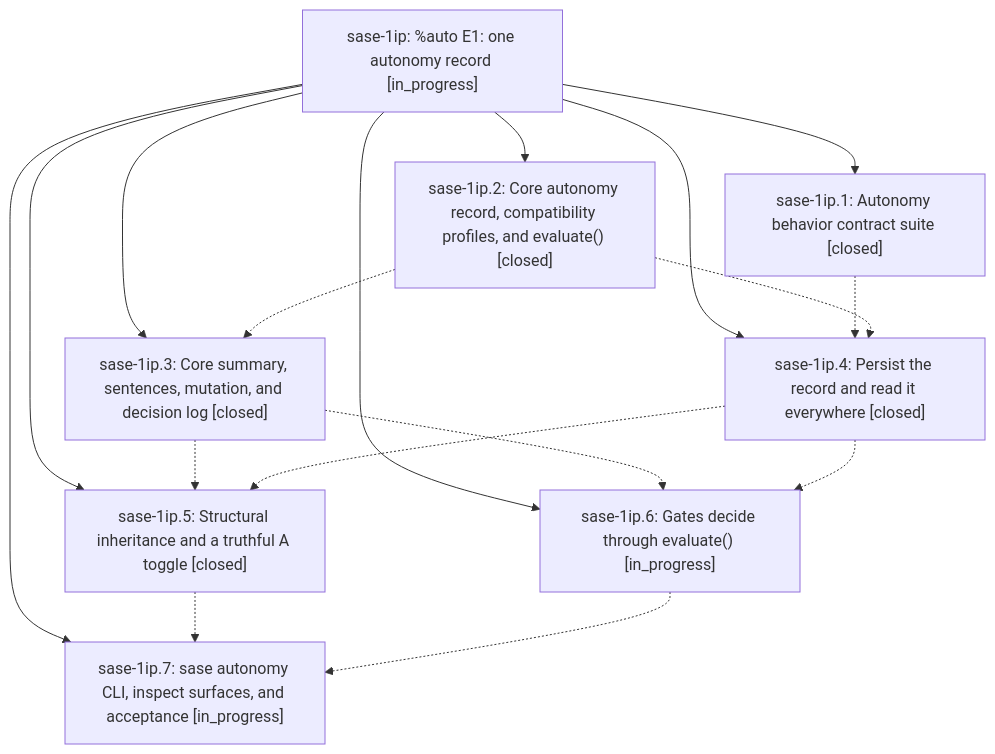
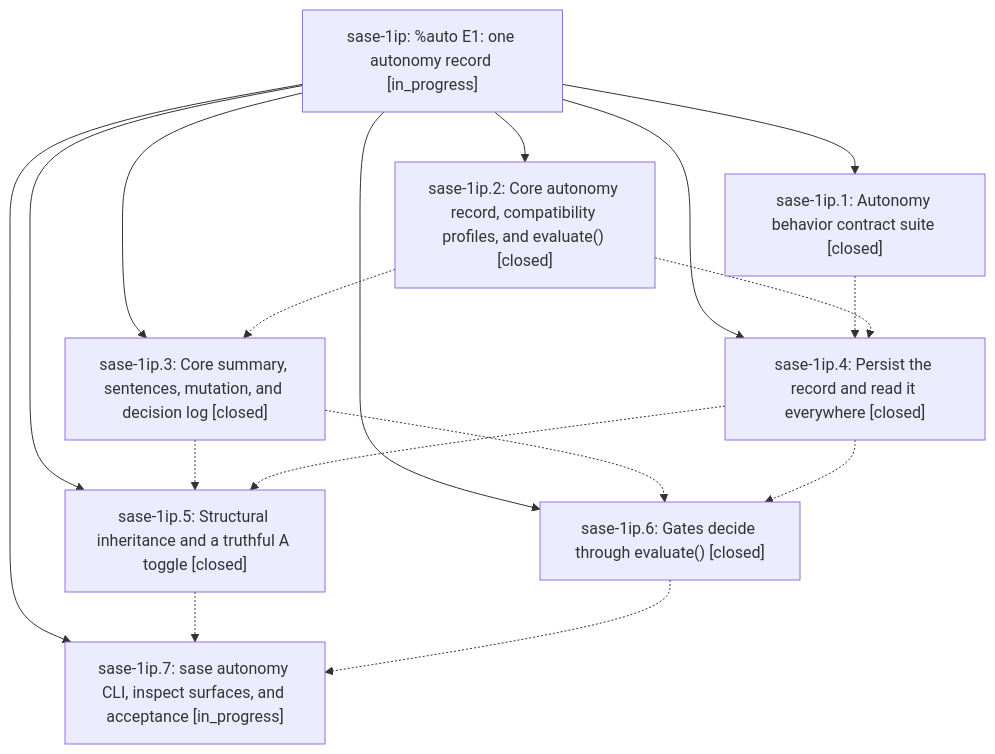
One commit to sase-org/sase--beads changed the diagram in pages/sase-1ip/README.md. Above: the diagram before and after it, drawn with Mermaid. The commit also changed other lines of this file and 5 other files, not shown here.

````diff
--- a/pages/sase-1ip/README.md
+++ b/pages/sase-1ip/README.md
@@ -46,27 +46,27 @@
 ```mermaid
 flowchart TD
     n0["sase-1ip: %auto E1: one autonomy record [in_progress]"]
     n1["sase-1ip.1: Autonomy behavior contract suite [closed]"]
     n2["sase-1ip.2: Core autonomy record, compatibility profiles, and evaluate() [closed]"]
     n3["sase-1ip.3: Core summary, sentences, mutation, and decision log [closed]"]
     n4["sase-1ip.4: Persist the record and read it everywhere [closed]"]
     n5["sase-1ip.5: Structural inheritance and a truthful A toggle [closed]"]
-    n6["sase-1ip.6: Gates decide through evaluate() [in_progress]"]
+    n6["sase-1ip.6: Gates decide through evaluate() [closed]"]
     n7["sase-1ip.7: sase autonomy CLI, inspect surfaces, and acceptance [in_progress]"]
     n0 --> n1
     n0 --> n2
     n0 --> n3
     n0 --> n4
     n0 --> n5
     n0 --> n6
     n0 --> n7
     n1 -.-> n4
     n2 -.-> n3
     n2 -.-> n4
     n3 -.-> n5
     n3 -.-> n6
     n4 -.-> n5
     n4 -.-> n6
     n5 -.-> n7
     n6 -.-> n7
 ```
````
